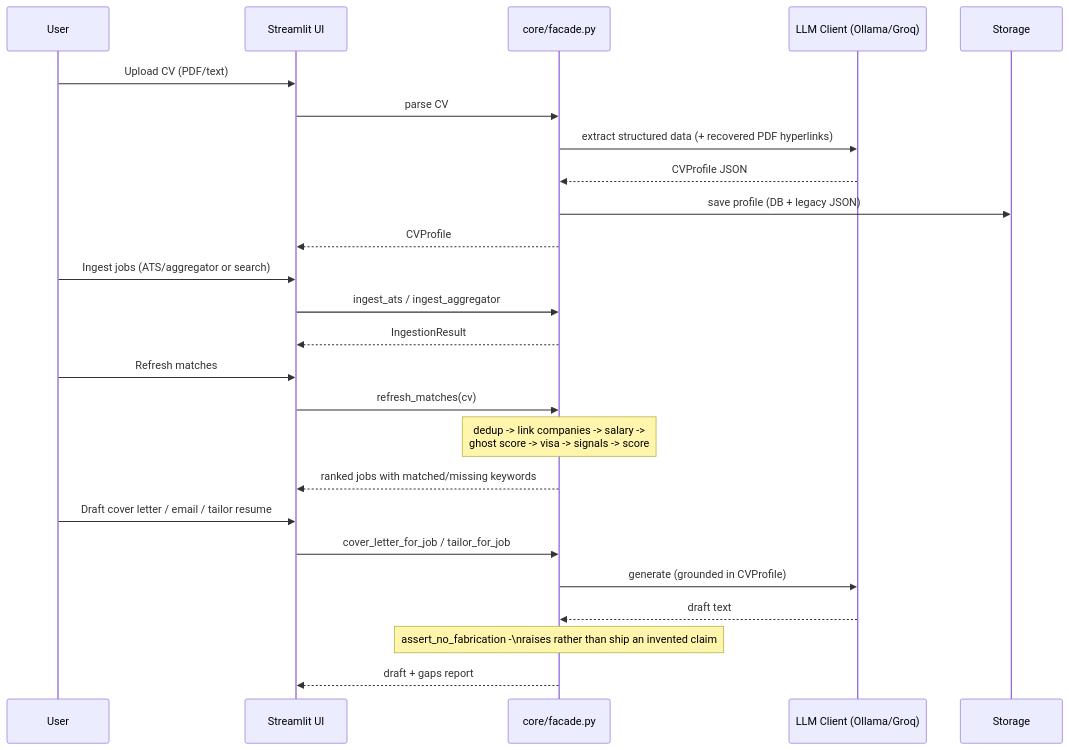
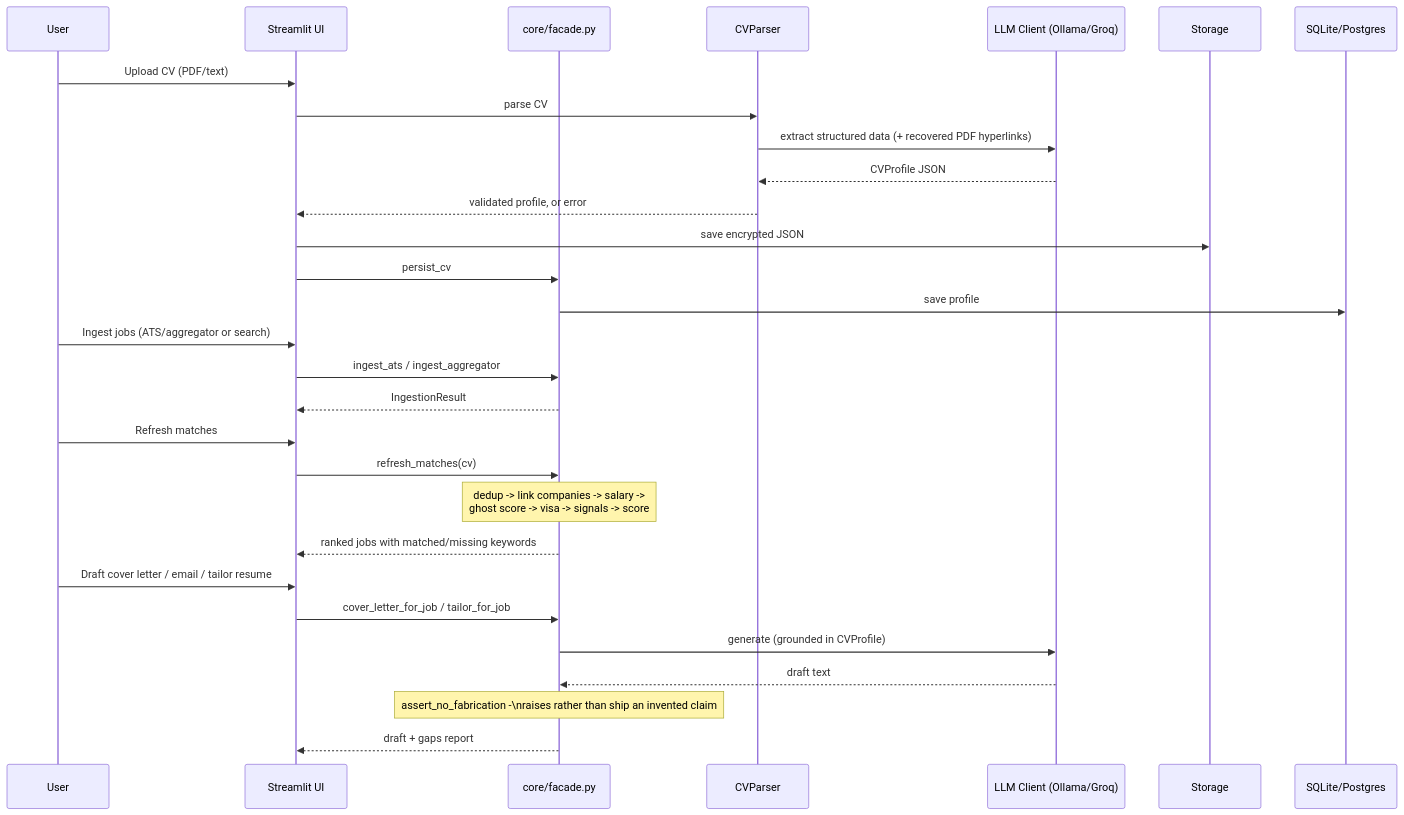
Before and after one commit to aaron-seq/CareerAgent: the second of 2 diagrams in ARCHITECTURE.md, drawn with Mermaid. The commit also changed other lines of this file and 6 other files, not shown here.

````diff
--- a/ARCHITECTURE.md
+++ b/ARCHITECTURE.md
@@ -162,31 +162,35 @@
 ```mermaid
 sequenceDiagram
     participant User
     participant UI as Streamlit UI
     participant Facade as core/facade.py
+    participant CV as CVParser
     participant LLM as LLM Client (Ollama/Groq)
     participant Storage
+    participant DB as SQLite/Postgres
 
     User->>UI: Upload CV (PDF/text)
-    UI->>Facade: parse CV
-    Facade->>LLM: extract structured data (+ recovered PDF hyperlinks)
-    LLM-->>Facade: CVProfile JSON
-    Facade->>Storage: save profile (DB + legacy JSON)
-    Facade-->>UI: CVProfile
+    UI->>CV: parse CV
+    CV->>LLM: extract structured data (+ recovered PDF hyperlinks)
+    LLM-->>CV: CVProfile JSON
+    CV-->>UI: validated profile, or error
+    UI->>Storage: save encrypted JSON
+    UI->>Facade: persist_cv
+    Facade->>DB: save profile
 
     User->>UI: Ingest jobs (ATS/aggregator or search)
     UI->>Facade: ingest_ats / ingest_aggregator
     Facade-->>UI: IngestionResult
 
     User->>UI: Refresh matches
     UI->>Facade: refresh_matches(cv)
     Note over Facade: dedup -> link companies -> salary -><br/>ghost score -> visa -> signals -> score
     Facade-->>UI: ranked jobs with matched/missing keywords
 
     User->>UI: Draft cover letter / email / tailor resume
     UI->>Facade: cover_letter_for_job / tailor_for_job
     Facade->>LLM: generate (grounded in CVProfile)
     LLM-->>Facade: draft text
     Note over Facade: assert_no_fabrication -\nraises rather than ship an invented claim
     Facade-->>UI: draft + gaps report
 ```
````
